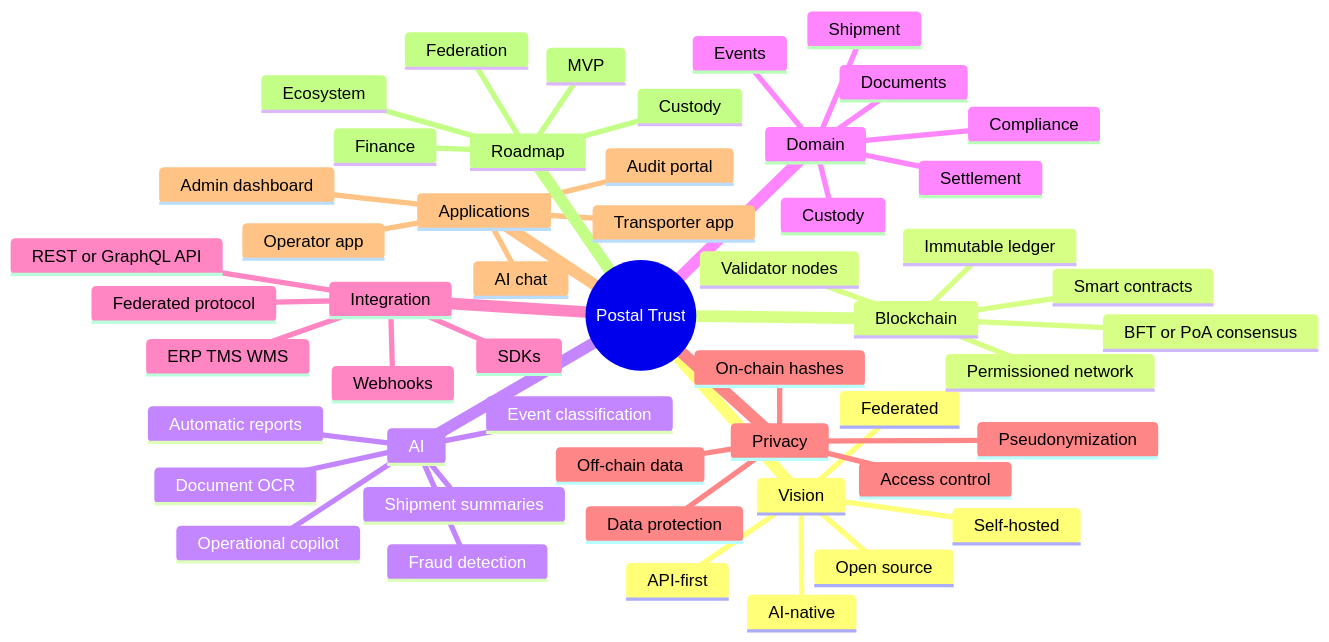
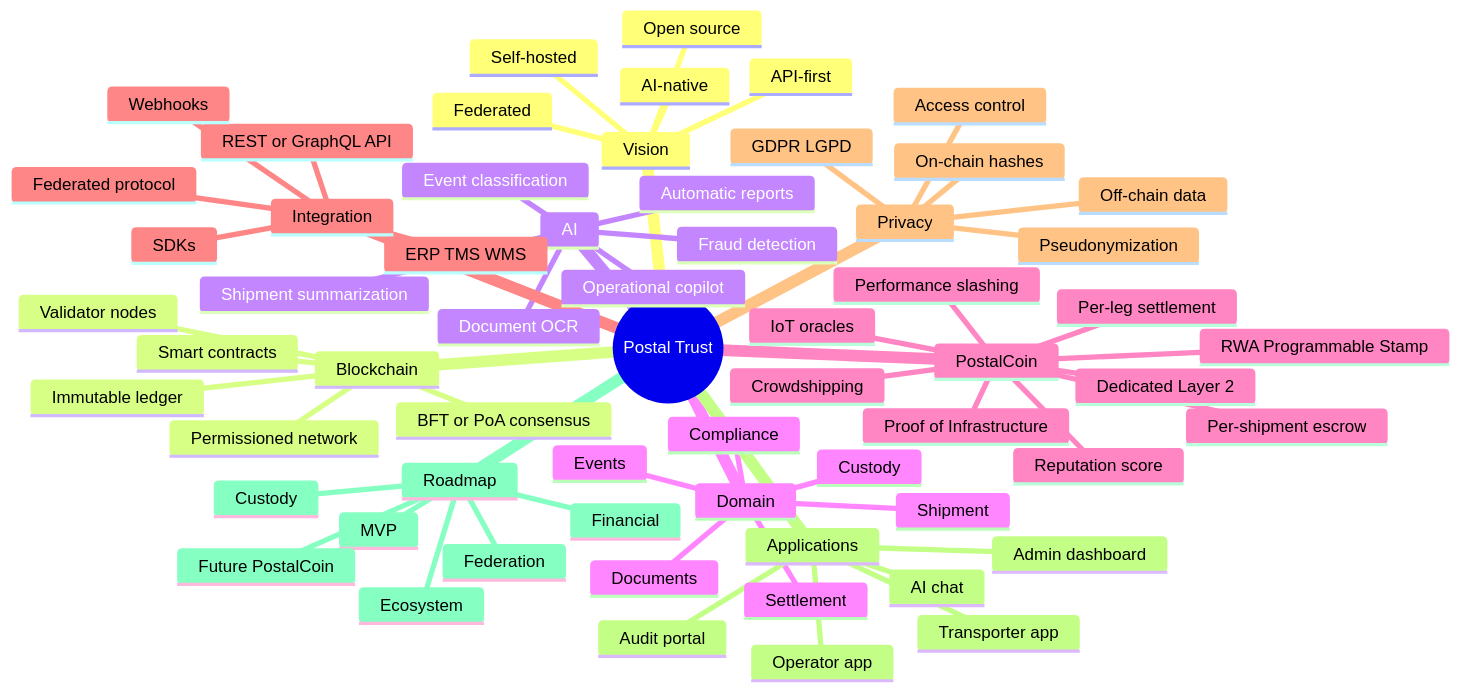
One commit to danielbfs/PostalTrust changed the first of 3 diagrams in OBSIDIAN_BRAIN_EN.md. Above: the diagram before and after it, drawn with Mermaid. The commit also changed other lines of this file and 11 other files, not shown here.

Commit message:
docs: add PostalCoin thesis (RWA / Programmable Stamp) and integrate across all project documents

````diff
--- a/OBSIDIAN_BRAIN_EN.md
+++ b/OBSIDIAN_BRAIN_EN.md
@@ -7,54 +7,65 @@
 ```mermaid
 mindmap
   root((Postal Trust))
     Vision
       Open source
       Self-hosted
       Federated
       API-first
       AI-native
     Blockchain
       Permissioned network
       Validator nodes
       BFT or PoA consensus
       Immutable ledger
       Smart contracts
     AI
       Document OCR
       Event classification
-      Shipment summaries
+      Shipment summarization
       Fraud detection
       Operational copilot
       Automatic reports
     Domain
       Shipment
       Custody
       Events
       Documents
       Settlement
       Compliance
+    PostalCoin
+      RWA Programmable Stamp
+      Proof of Infrastructure
+      Per-shipment escrow
+      Per-leg settlement
+      Performance slashing
+      Reputation score
+      Crowdshipping
+      IoT oracles
+      Dedicated Layer 2
     Integration
       REST or GraphQL API
       Webhooks
       SDKs
       Federated protocol
       ERP TMS WMS
     Privacy
-      Data protection
+      GDPR LGPD
       Pseudonymization
       Off-chain data
       On-chain hashes
       Access control
     Applications
       Admin dashboard
       Audit portal
       Operator app
       Transporter app
       AI chat
     Roadmap
       MVP
       Custody
-      Finance
+      Financial
       Federation
       Ecosystem
+      Future PostalCoin
 ```
````
